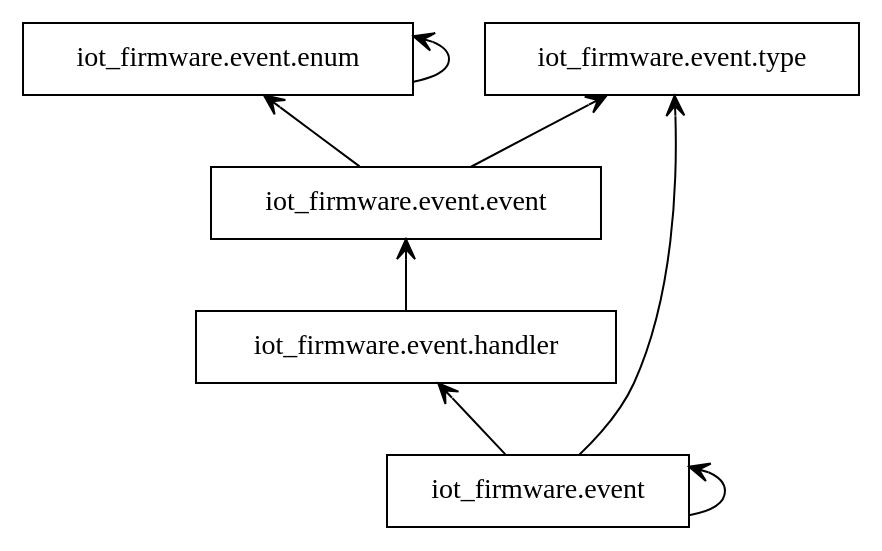
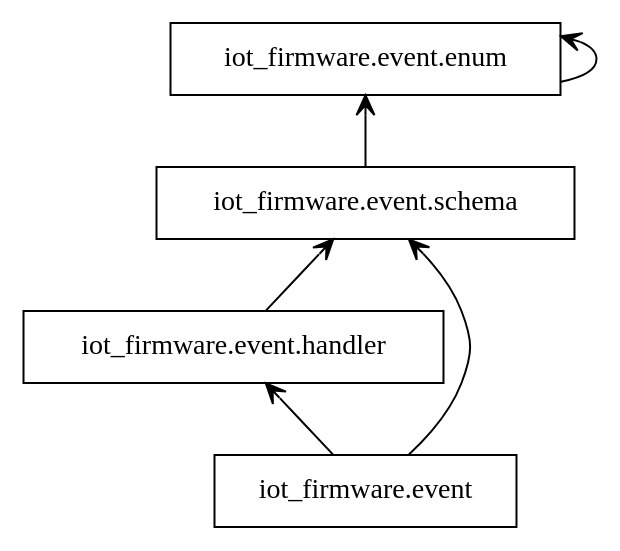
One commit to bonastreyair/iot-firmware changed the diagram in docs/graphs/packages_event.dot. Above: the diagram before and after it, drawn with Graphviz. The commit also changed 38 other files, not shown here.

```diff
--- a/docs/graphs/packages_event.dot
+++ b/docs/graphs/packages_event.dot
@@ -1,16 +1,13 @@
 digraph "packages_event" {
 rankdir=BT
 charset="utf-8"
 "iot_firmware.event" [color="black", label="iot_firmware.event", shape="box", style="solid"];
 "iot_firmware.event.enum" [color="black", label="iot_firmware.event.enum", shape="box", style="solid"];
-"iot_firmware.event.event" [color="black", label="iot_firmware.event.event", shape="box", style="solid"];
 "iot_firmware.event.handler" [color="black", label="iot_firmware.event.handler", shape="box", style="solid"];
-"iot_firmware.event.type" [color="black", label="iot_firmware.event.type", shape="box", style="solid"];
-"iot_firmware.event" -> "iot_firmware.event" [arrowhead="open", arrowtail="none"];
+"iot_firmware.event.schema" [color="black", label="iot_firmware.event.schema", shape="box", style="solid"];
 "iot_firmware.event" -> "iot_firmware.event.handler" [arrowhead="open", arrowtail="none"];
-"iot_firmware.event" -> "iot_firmware.event.type" [arrowhead="open", arrowtail="none"];
+"iot_firmware.event" -> "iot_firmware.event.schema" [arrowhead="open", arrowtail="none"];
 "iot_firmware.event.enum" -> "iot_firmware.event.enum" [arrowhead="open", arrowtail="none"];
-"iot_firmware.event.event" -> "iot_firmware.event.enum" [arrowhead="open", arrowtail="none"];
-"iot_firmware.event.event" -> "iot_firmware.event.type" [arrowhead="open", arrowtail="none"];
-"iot_firmware.event.handler" -> "iot_firmware.event.event" [arrowhead="open", arrowtail="none"];
+"iot_firmware.event.handler" -> "iot_firmware.event.schema" [arrowhead="open", arrowtail="none"];
+"iot_firmware.event.schema" -> "iot_firmware.event.enum" [arrowhead="open", arrowtail="none"];
 }
```
